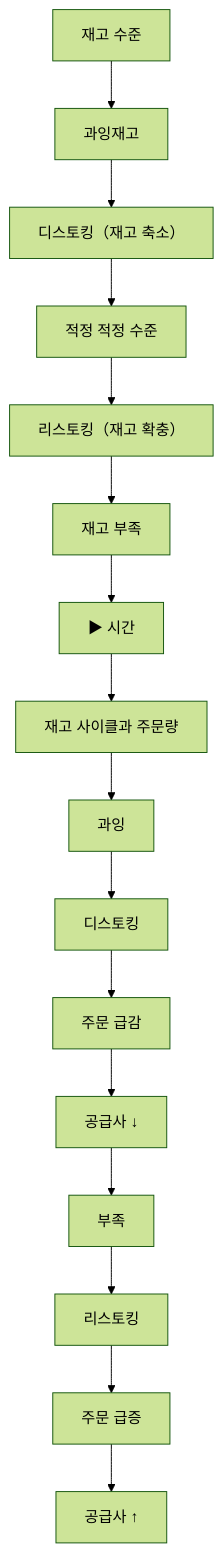
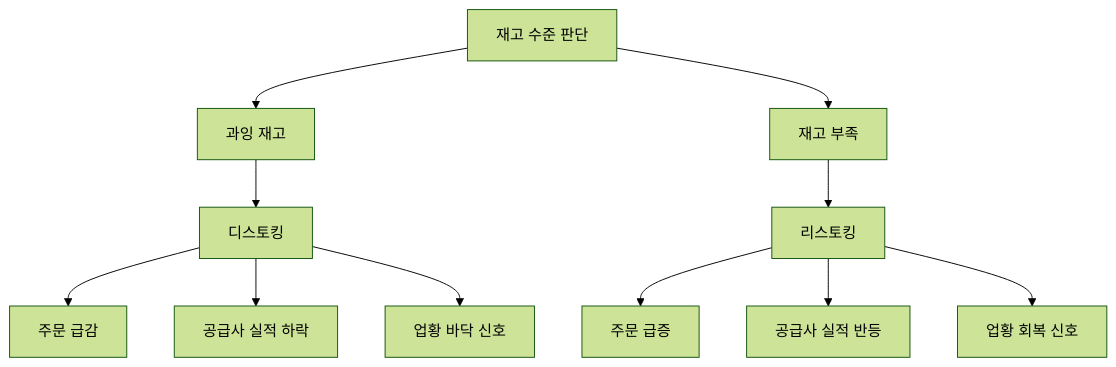
Before and after one commit to yeongseon/stock-visual-note: the diagram in content/stock-terms/ko/level-08-industry-macro/inventory-adjustment.md, drawn with Mermaid (forest theme). The commit also changed other lines of this file and 96 other files, not shown here.

Commit message:
Rewrite all 98 remaining articles: branching Mermaid diagrams, natural search_intent, compelling seo_titles, clean descriptions

````diff
--- a/content/stock-terms/ko/level-08-industry-macro/inventory-adjustment.md
+++ b/content/stock-terms/ko/level-08-industry-macro/inventory-adjustment.md
@@ -42,34 +42,14 @@
 ```mermaid
 graph TD
-    A0["재고 수준"]
-    A1["과잉재고"]
-    A2["디스토킹（재고 축소）"]
-    A3["적정 적정 수준"]
-    A4["리스토킹（재고 확충）"]
-    A5["재고 부족"]
-    A6["▶ 시간"]
-    A7["재고 사이클과 주문량"]
-    A8["과잉"]
-    A9["디스토킹"]
-    A10["주문 급감"]
-    A11["공급사 ↓"]
-    A12["부족"]
-    A13["리스토킹"]
-    A14["주문 급증"]
-    A15["공급사 ↑"]
-    A0 --> A1
-    A1 --> A2
-    A2 --> A3
-    A3 --> A4
-    A4 --> A5
-    A5 --> A6
-    A6 --> A7
-    A7 --> A8
-    A8 --> A9
-    A9 --> A10
-    A10 --> A11
-    A11 --> A12
-    A12 --> A13
-    A13 --> A14
-    A14 --> A15
+    A["재고 수준 판단"]
+    A --> B["과잉 재고"]
+    A --> C["재고 부족"]
+    B --> D["디스토킹"]
+    D --> D1["주문 급감"]
+    D --> D2["공급사 실적 하락"]
+    D --> D3["업황 바닥 신호"]
+    C --> E["리스토킹"]
+    E --> E1["주문 급증"]
+    E --> E2["공급사 실적 반등"]
+    E --> E3["업황 회복 신호"]
 ```
````
